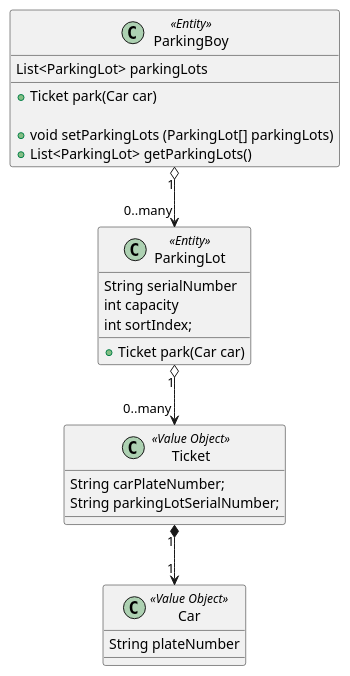
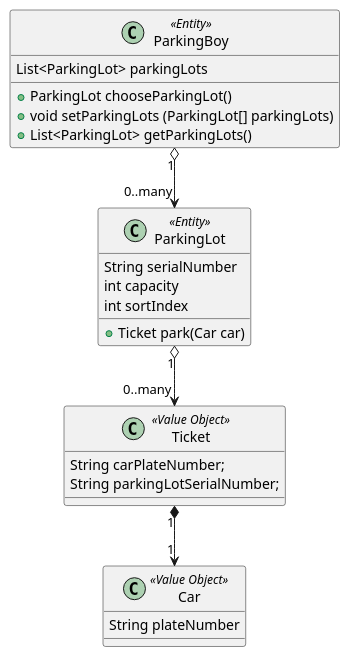
One commit to chenyu530324/ddd-workshop-parkingboy changed the diagram in ParkingLotsManagement.puml. Above: the diagram before and after it, drawn with PlantUML. The commit also changed 3 other files, not shown here.

```diff
--- a/ParkingLotsManagement.puml
+++ b/ParkingLotsManagement.puml
@@ -1,38 +1,33 @@
 @startuml
 
 
 Class ParkingBoy << Entity >> {
   List<ParkingLot> parkingLots
 
-  + Ticket park(Car car)
-
+  + ParkingLot chooseParkingLot()
   + void setParkingLots (ParkingLot[] parkingLots)
   + List<ParkingLot> getParkingLots()
 }
 
-
 class ParkingLot << Entity >> {
   String serialNumber
   int capacity 
-  int sortIndex;
+  int sortIndex
   + Ticket park(Car car)
 }
-
 
 Class Car << Value Object >> {
     String plateNumber
 }
 
 Class Ticket << Value Object >> {
   String carPlateNumber;
   String parkingLotSerialNumber;
 }
 
 Ticket "1" *--> "1" Car
 ParkingLot "1" o--> "0..many" Ticket
 ParkingBoy "1" o--> "0..many" ParkingLot
 
 
-
-
 @enduml
```
